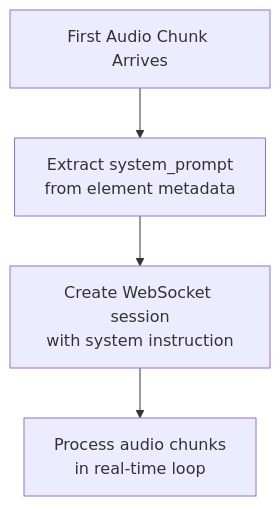
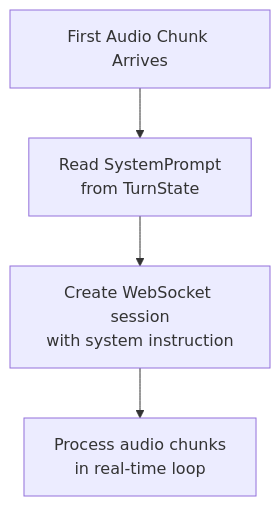
The fourth of 6 diagrams in docs/src/content/docs/arena/explanation/duplex-architecture.md (AltairaLabs/promptarena), drawn with Mermaid before and after one commit. The commit also changed other lines of this file and 8 other files, not shown here.

````diff
--- a/docs/src/content/docs/arena/explanation/duplex-architecture.md
+++ b/docs/src/content/docs/arena/explanation/duplex-architecture.md
@@ -86,6 +100,6 @@
 ```mermaid
 flowchart TD
-    start["First Audio Chunk Arrives"] --> extract["Extract system_prompt<br/>from element metadata"]
+    start["First Audio Chunk Arrives"] --> extract["Read SystemPrompt<br/>from TurnState"]
     extract --> create["Create WebSocket session<br/>with system instruction"]
     create --> process["Process audio chunks<br/>in real-time loop"]
 ```
````
